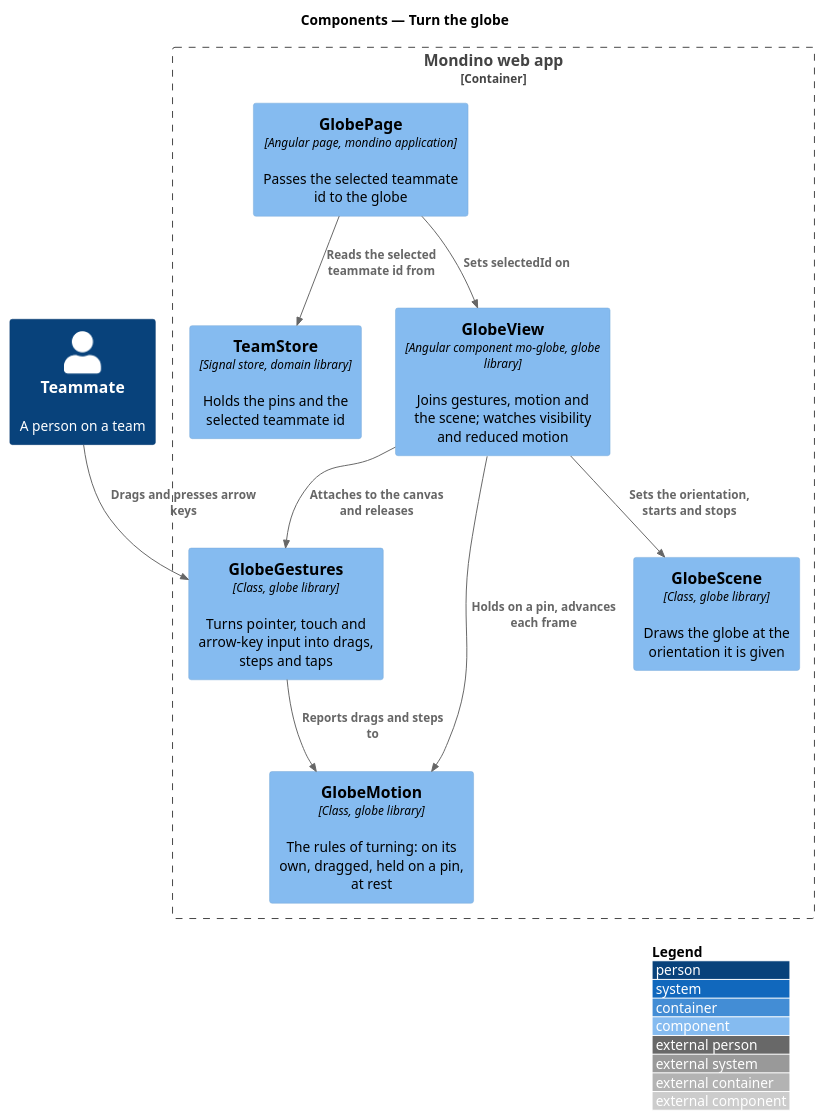
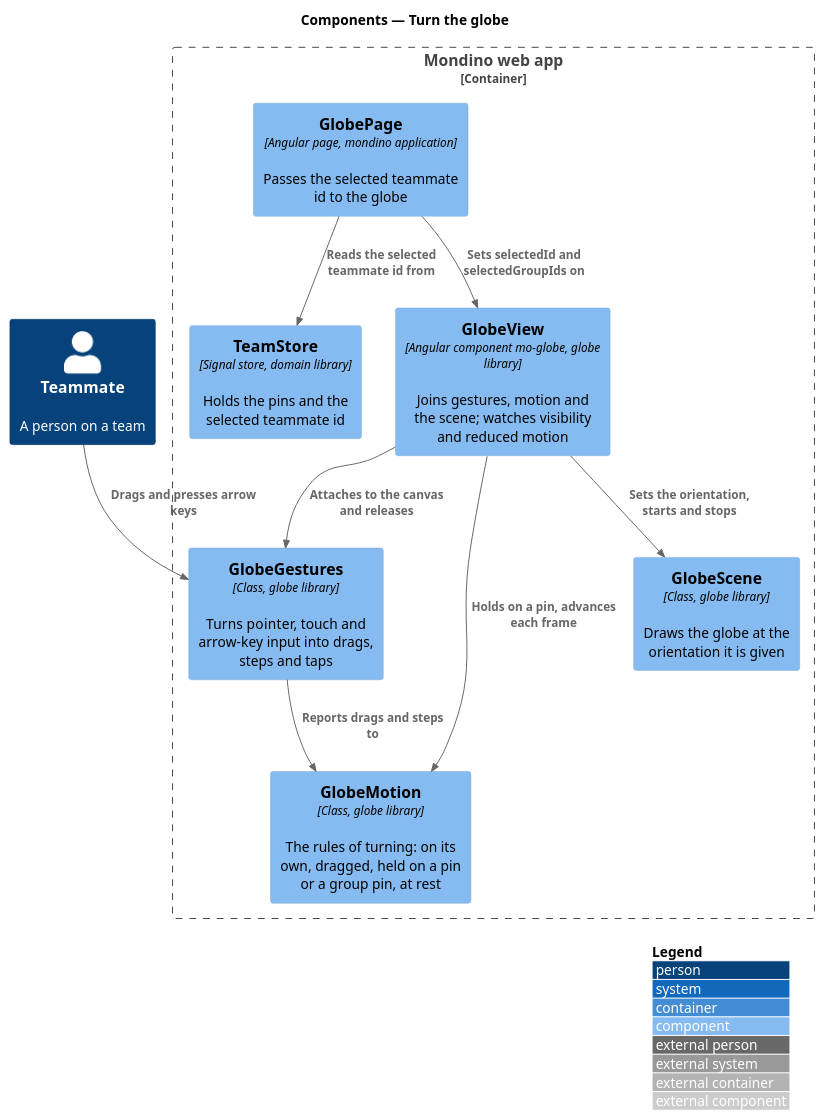
Before and after one commit to QuinntyneBrown/Mondino: the diagram in docs/detailed-designs/globe/turn-globe/diagrams/c4-component.puml, drawn with PlantUML. The commit also changed 91 other files, not shown here.

```diff
--- a/docs/detailed-designs/globe/turn-globe/diagrams/c4-component.puml
+++ b/docs/detailed-designs/globe/turn-globe/diagrams/c4-component.puml
@@ -1,22 +1,22 @@
 @startuml
 !include <C4/C4_Component>
 LAYOUT_WITH_LEGEND()
 title Components — Turn the globe
 
 Person(teammate, "Teammate", "A person on a team")
 Container_Boundary(spa, "Mondino web app") {
   Component(page, "GlobePage", "Angular page, mondino application", "Passes the selected teammate id to the globe")
   Component(store, "TeamStore", "Signal store, domain library", "Holds the pins and the selected teammate id")
   Component(view, "GlobeView", "Angular component mo-globe, globe library", "Joins gestures, motion and the scene; watches visibility and reduced motion")
   Component(gestures, "GlobeGestures", "Class, globe library", "Turns pointer, touch and arrow-key input into drags, steps and taps")
-  Component(motion, "GlobeMotion", "Class, globe library", "The rules of turning: on its own, dragged, held on a pin, at rest")
+  Component(motion, "GlobeMotion", "Class, globe library", "The rules of turning: on its own, dragged, held on a pin or a group pin, at rest")
   Component(scene, "GlobeScene", "Class, globe library", "Draws the globe at the orientation it is given")
 }
 Rel(teammate, gestures, "Drags and presses arrow keys")
 Rel(page, store, "Reads the selected teammate id from")
-Rel(page, view, "Sets selectedId on")
+Rel(page, view, "Sets selectedId and selectedGroupIds on")
 Rel(view, gestures, "Attaches to the canvas and releases")
 Rel(gestures, motion, "Reports drags and steps to")
 Rel(view, motion, "Holds on a pin, advances each frame")
 Rel(view, scene, "Sets the orientation, starts and stops")
 @enduml
```
